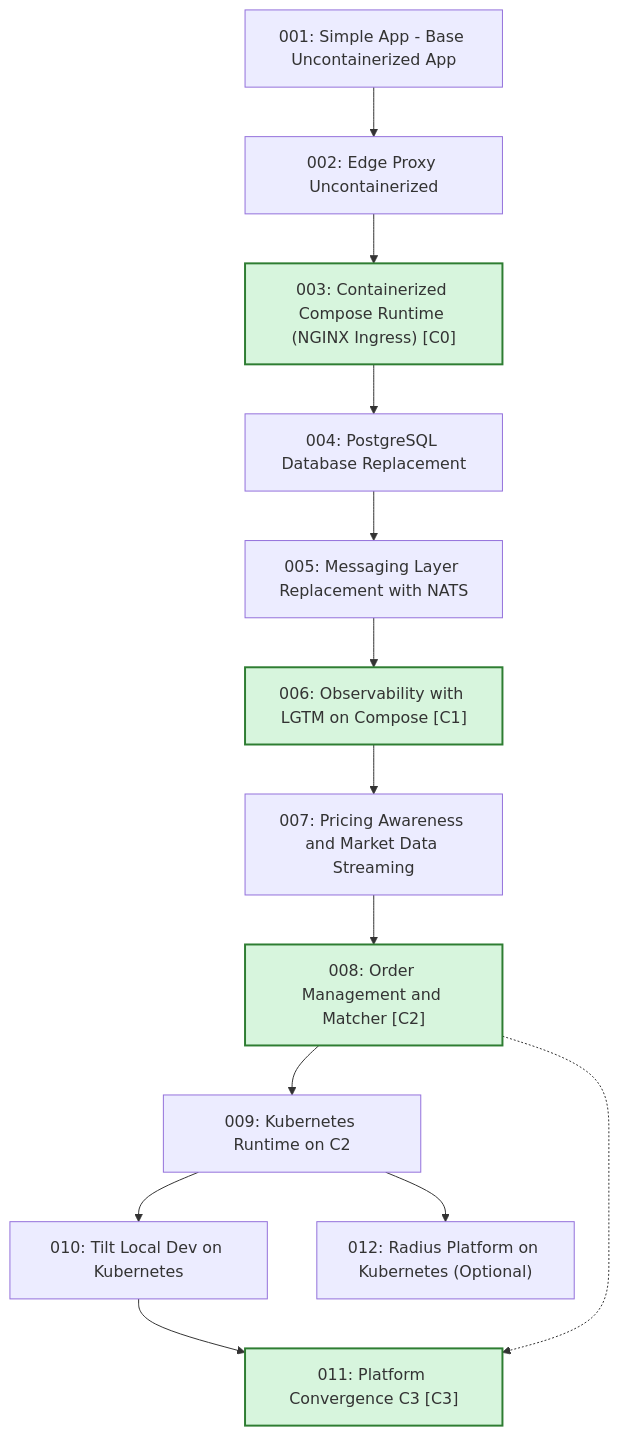
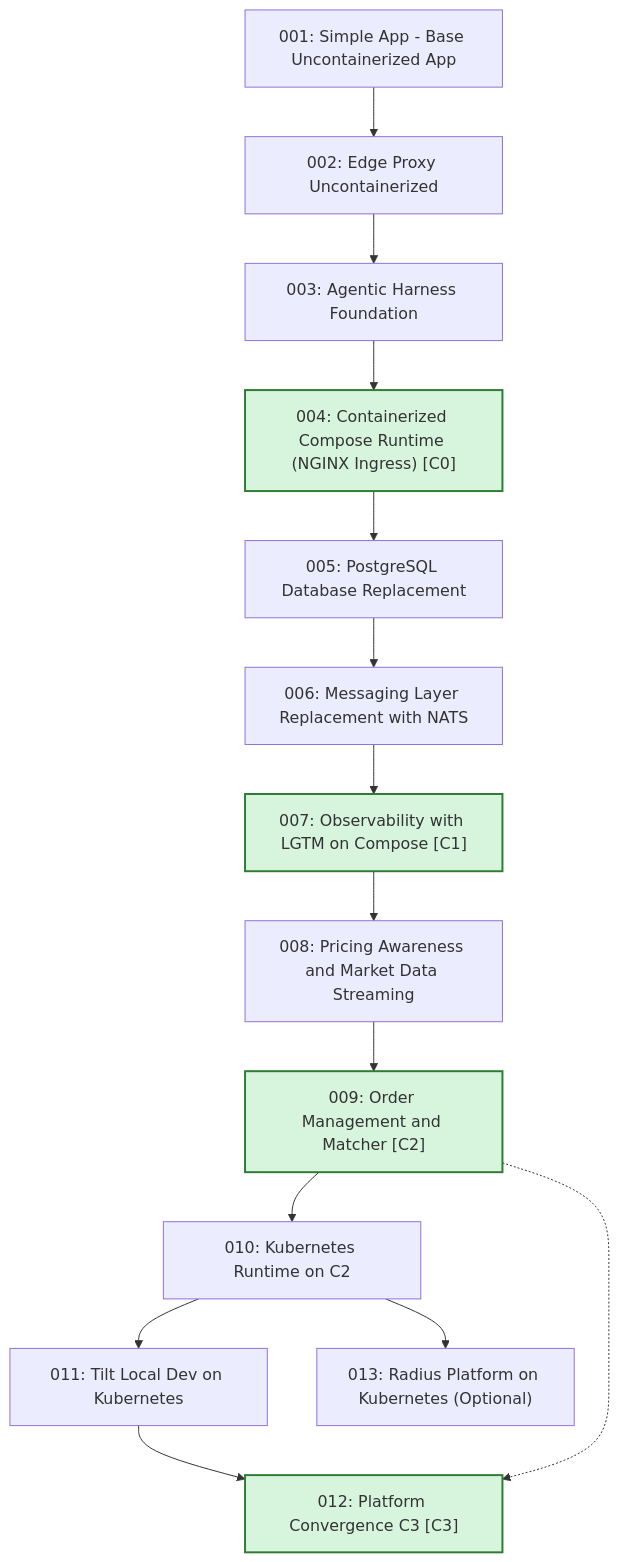
The second of 3 diagrams in docs/learning-paths/index.md (finos/traderX), drawn with Mermaid before and after one commit. The commit also changed other lines of this file and 582 other files, not shown here.

Commit message:
feat: add state 003 agentic harness and consolidate custom overlay guidance

````diff
--- a/docs/learning-paths/index.md
+++ b/docs/learning-paths/index.md
@@ -36,44 +36,47 @@
 ```mermaid
 flowchart TB
   S001_baseline_uncontainerized_parity["001: Simple App - Base Uncontainerized App"]
   S002_edge_proxy_uncontainerized["002: Edge Proxy Uncontainerized"]
-  S003_containerized_compose_runtime["003: Containerized Compose Runtime (NGINX Ingress) [C0]"]
-  S004_postgres_database_replacement["004: PostgreSQL Database Replacement"]
-  S005_messaging_nats_replacement["005: Messaging Layer Replacement with NATS"]
-  S006_observability_lgtm_compose["006: Observability with LGTM on Compose [C1]"]
-  S007_pricing_awareness_market_data["007: Pricing Awareness and Market Data Streaming"]
-  S008_order_management_matcher["008: Order Management and Matcher [C2]"]
-  S009_kubernetes_runtime["009: Kubernetes Runtime on C2"]
-  S010_tilt_kubernetes_dev_loop["010: Tilt Local Dev on Kubernetes"]
-  S011_platform_convergence_c3["011: Platform Convergence C3 [C3]"]
-  S012_radius_kubernetes_platform["012: Radius Platform on Kubernetes (Optional)"]
+  S003_agentic_harness_foundation["003: Agentic Harness Foundation"]
+  S004_containerized_compose_runtime["004: Containerized Compose Runtime (NGINX Ingress) [C0]"]
+  S005_postgres_database_replacement["005: PostgreSQL Database Replacement"]
+  S006_messaging_nats_replacement["006: Messaging Layer Replacement with NATS"]
+  S007_observability_lgtm_compose["007: Observability with LGTM on Compose [C1]"]
+  S008_pricing_awareness_market_data["008: Pricing Awareness and Market Data Streaming"]
+  S009_order_management_matcher["009: Order Management and Matcher [C2]"]
+  S010_kubernetes_runtime["010: Kubernetes Runtime on C2"]
+  S011_tilt_kubernetes_dev_loop["011: Tilt Local Dev on Kubernetes"]
+  S012_platform_convergence_c3["012: Platform Convergence C3 [C3]"]
+  S013_radius_kubernetes_platform["013: Radius Platform on Kubernetes (Optional)"]
   S001_baseline_uncontainerized_parity --> S002_edge_proxy_uncontainerized
-  S002_edge_proxy_uncontainerized --> S003_containerized_compose_runtime
-  S003_containerized_compose_runtime --> S004_postgres_database_replacement
-  S004_postgres_database_replacement --> S005_messaging_nats_replacement
-  S005_messaging_nats_replacement --> S006_observability_lgtm_compose
-  S006_observability_lgtm_compose --> S007_pricing_awareness_market_data
-  S007_pricing_awareness_market_data --> S008_order_management_matcher
-  S008_order_management_matcher --> S009_kubernetes_runtime
-  S009_kubernetes_runtime --> S010_tilt_kubernetes_dev_loop
-  S010_tilt_kubernetes_dev_loop --> S011_platform_convergence_c3
-  S009_kubernetes_runtime --> S012_radius_kubernetes_platform
-  S008_order_management_matcher -.-> S011_platform_convergence_c3
+  S002_edge_proxy_uncontainerized --> S003_agentic_harness_foundation
+  S003_agentic_harness_foundation --> S004_containerized_compose_runtime
+  S004_containerized_compose_runtime --> S005_postgres_database_replacement
+  S005_postgres_database_replacement --> S006_messaging_nats_replacement
+  S006_messaging_nats_replacement --> S007_observability_lgtm_compose
+  S007_observability_lgtm_compose --> S008_pricing_awareness_market_data
+  S008_pricing_awareness_market_data --> S009_order_management_matcher
+  S009_order_management_matcher --> S010_kubernetes_runtime
+  S010_kubernetes_runtime --> S011_tilt_kubernetes_dev_loop
+  S011_tilt_kubernetes_dev_loop --> S012_platform_convergence_c3
+  S010_kubernetes_runtime --> S013_radius_kubernetes_platform
+  S009_order_management_matcher -.-> S012_platform_convergence_c3
   click S001_baseline_uncontainerized_parity href "/specs/baseline-uncontainerized-parity" "Open State 001 Spec Pack"
   click S002_edge_proxy_uncontainerized href "/specs/edge-proxy-uncontainerized" "Open State 002 Spec Pack"
-  click S003_containerized_compose_runtime href "/specs/containerized-compose-runtime" "Open State 003 Spec Pack"
-  click S004_postgres_database_replacement href "/specs/postgres-database-replacement" "Open State 004 Spec Pack"
-  click S005_messaging_nats_replacement href "/specs/messaging-nats-replacement" "Open State 005 Spec Pack"
-  click S006_observability_lgtm_compose href "/specs/observability-lgtm-compose" "Open State 006 Spec Pack"
-  click S007_pricing_awareness_market_data href "/specs/pricing-awareness-market-data" "Open State 007 Spec Pack"
-  click S008_order_management_matcher href "/specs/order-management-matcher" "Open State 008 Spec Pack"
-  click S009_kubernetes_runtime href "/specs/kubernetes-runtime" "Open State 009 Spec Pack"
-  click S010_tilt_kubernetes_dev_loop href "/specs/tilt-kubernetes-dev-loop" "Open State 010 Spec Pack"
-  click S011_platform_convergence_c3 href "/specs/platform-convergence-c3" "Open State 011 Spec Pack"
-  click S012_radius_kubernetes_platform href "/specs/radius-kubernetes-platform" "Open State 012 Spec Pack"
+  click S003_agentic_harness_foundation href "/specs/agentic-harness-foundation" "Open State 003 Spec Pack"
+  click S004_containerized_compose_runtime href "/specs/containerized-compose-runtime" "Open State 004 Spec Pack"
+  click S005_postgres_database_replacement href "/specs/postgres-database-replacement" "Open State 005 Spec Pack"
+  click S006_messaging_nats_replacement href "/specs/messaging-nats-replacement" "Open State 006 Spec Pack"
+  click S007_observability_lgtm_compose href "/specs/observability-lgtm-compose" "Open State 007 Spec Pack"
+  click S008_pricing_awareness_market_data href "/specs/pricing-awareness-market-data" "Open State 008 Spec Pack"
+  click S009_order_management_matcher href "/specs/order-management-matcher" "Open State 009 Spec Pack"
+  click S010_kubernetes_runtime href "/specs/kubernetes-runtime" "Open State 010 Spec Pack"
+  click S011_tilt_kubernetes_dev_loop href "/specs/tilt-kubernetes-dev-loop" "Open State 011 Spec Pack"
+  click S012_platform_convergence_c3 href "/specs/platform-convergence-c3" "Open State 012 Spec Pack"
+  click S013_radius_kubernetes_platform href "/specs/radius-kubernetes-platform" "Open State 013 Spec Pack"
   classDef convergence fill:#d7f5dd,stroke:#2e7d32,stroke-width:2px
-  class S003_containerized_compose_runtime convergence
-  class S006_observability_lgtm_compose convergence
-  class S008_order_management_matcher convergence
-  class S011_platform_convergence_c3 convergence
+  class S004_containerized_compose_runtime convergence
+  class S007_observability_lgtm_compose convergence
+  class S009_order_management_matcher convergence
+  class S012_platform_convergence_c3 convergence
 ```
````
